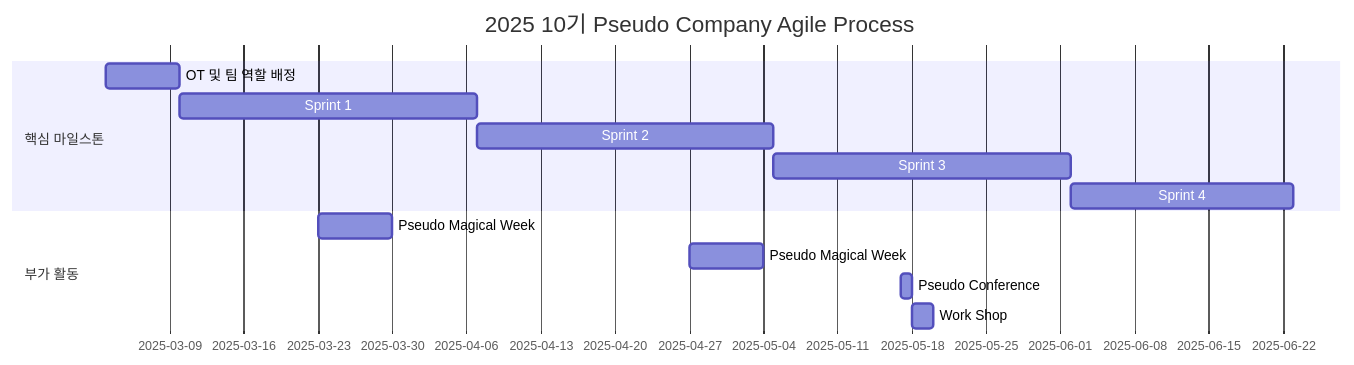
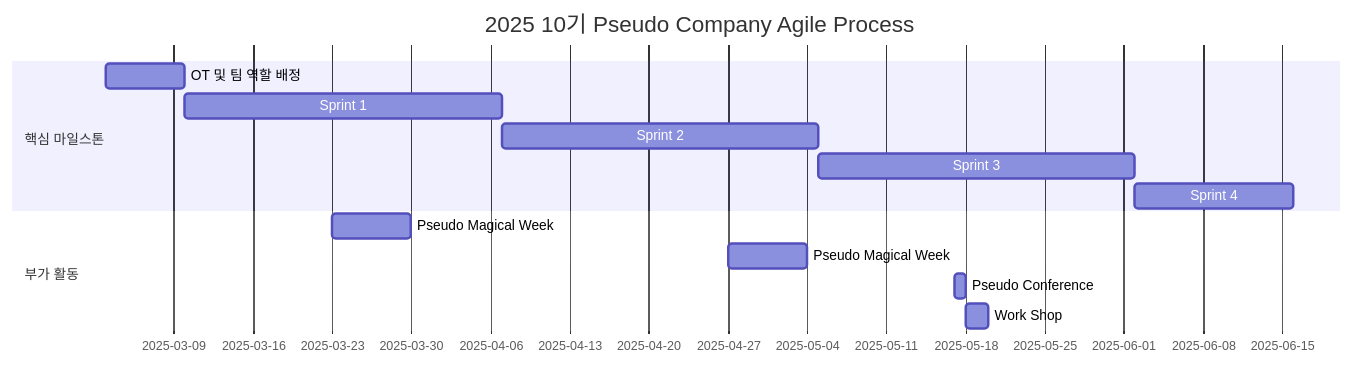
Before and after one commit to Pseudo-Lab/Proact0: the diagram in README.md, drawn with Mermaid. The commit also changed other lines of this file, not shown here.

````diff
--- a/README.md
+++ b/README.md
@@ -85,15 +85,15 @@
 ```mermaid
 gantt
     title 2025 10기 Pseudo Company Agile Process
     section 핵심 마일스톤 
     OT 및 팀 역할 배정        :a1, 2025-03-03, 7d
     Sprint 1                  :a2, after a1, 28d
     Sprint 2                  :a3, after a2, 28d
     Sprint 3                  :a4, after a3, 28d
-    Sprint 4                  :a5, after a4, 21d
+    Sprint 4                  :a5, after a4, 14d
     section 부가 활동
     Pseudo Magical Week       :b1, 2025-03-23, 7d
     Pseudo Magical Week       :b2, 2025-04-27, 7d
     Pseudo Conference         :b3, 2025-05-17, 1d
     Work Shop                 :b4, after b3, 2d
 ```
````
